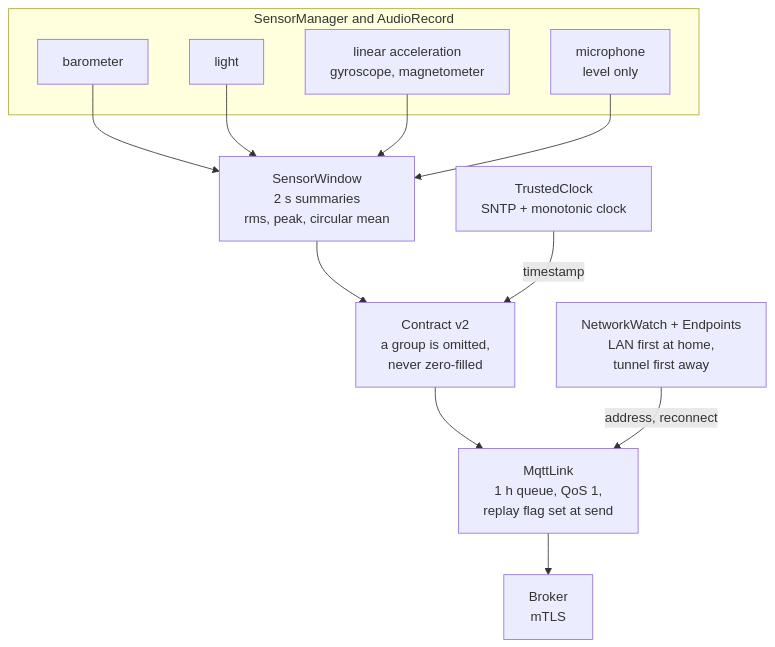
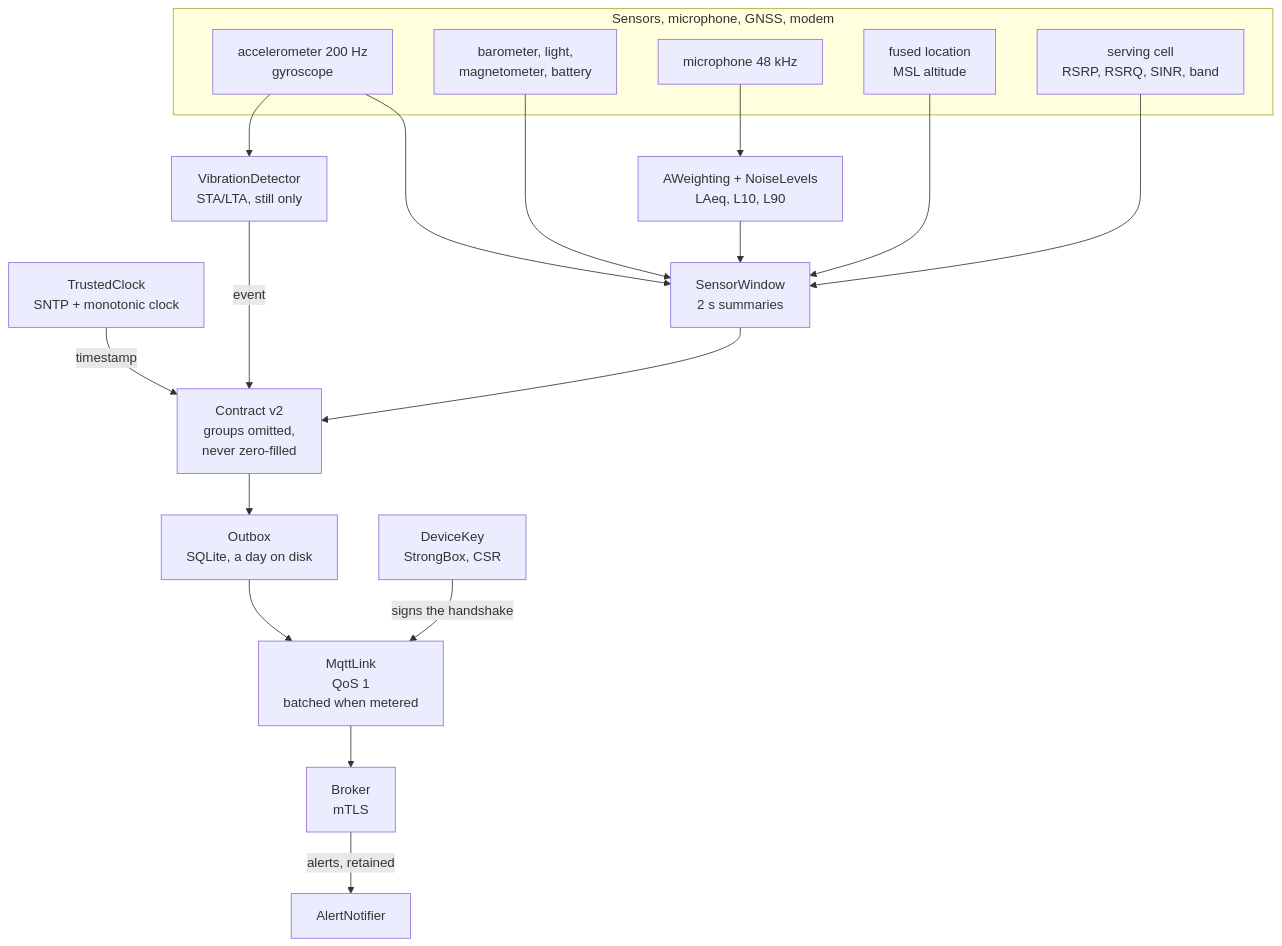
One commit to Zoel-Manchon/psychron changed the third of 5 diagrams in README.md. Above: the diagram before and after it, drawn with Mermaid. The commit also changed other lines of this file and 5 other files, not shown here.

````diff
--- a/README.md
+++ b/README.md
@@ -128,26 +140,38 @@
 ```mermaid
 flowchart TB
-    subgraph sensors["SensorManager and AudioRecord"]
-        BAR["barometer"]
-        LUX["light"]
-        IMU["linear acceleration<br/>gyroscope, magnetometer"]
-        MIC["microphone<br/>level only"]
+    CLK["TrustedClock<br/>SNTP + monotonic clock"]
+
+    subgraph sensors["Sensors, microphone, GNSS, modem"]
+        IMU["accelerometer 200 Hz<br/>gyroscope"]
+        ENV["barometer, light,<br/>magnetometer, battery"]
+        MIC["microphone 48 kHz"]
+        GEO["fused location<br/>MSL altitude"]
+        RAD["serving cell<br/>RSRP, RSRQ, SINR, band"]
     end
 
-    WIN["SensorWindow<br/>2 s summaries<br/>rms, peak, circular mean"]
-    CLK["TrustedClock<br/>SNTP + monotonic clock"]
-    CON["Contract v2<br/>a group is omitted,<br/>never zero-filled"]
-    NET["NetworkWatch + Endpoints<br/>LAN first at home,<br/>tunnel first away"]
-    LNK["MqttLink<br/>1 h queue, QoS 1,<br/>replay flag set at send"]
+    VIB["VibrationDetector<br/>STA/LTA, still only"]
+    NOI["AWeighting + NoiseLevels<br/>LAeq, L10, L90"]
+    WIN["SensorWindow<br/>2 s summaries"]
+    CON["Contract v2<br/>groups omitted,<br/>never zero-filled"]
+    BOX["Outbox<br/>SQLite, a day on disk"]
+    KEY["DeviceKey<br/>StrongBox, CSR"]
+    LNK["MqttLink<br/>QoS 1<br/>batched when metered"]
     BRK["Broker<br/>mTLS"]
+    NTF["AlertNotifier"]
 
-    BAR --> WIN
-    LUX --> WIN
+    IMU --> VIB
     IMU --> WIN
-    MIC --> WIN
+    ENV --> WIN
+    MIC --> NOI
+    NOI --> WIN
+    GEO --> WIN
+    RAD --> WIN
     WIN --> CON
+    VIB -->|"event"| CON
     CLK -->|"timestamp"| CON
-    CON --> LNK
-    NET -->|"address, reconnect"| LNK
+    CON --> BOX
+    BOX --> LNK
+    KEY -->|"signs the handshake"| LNK
     LNK --> BRK
+    BRK -->|"alerts, retained"| NTF
 ```
````
